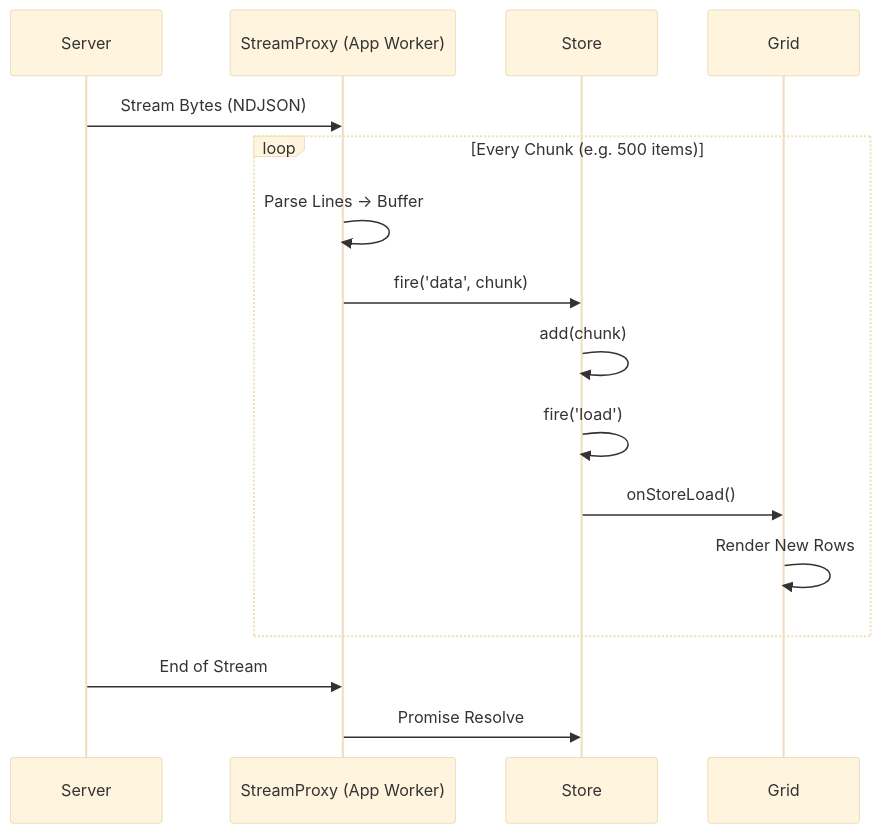
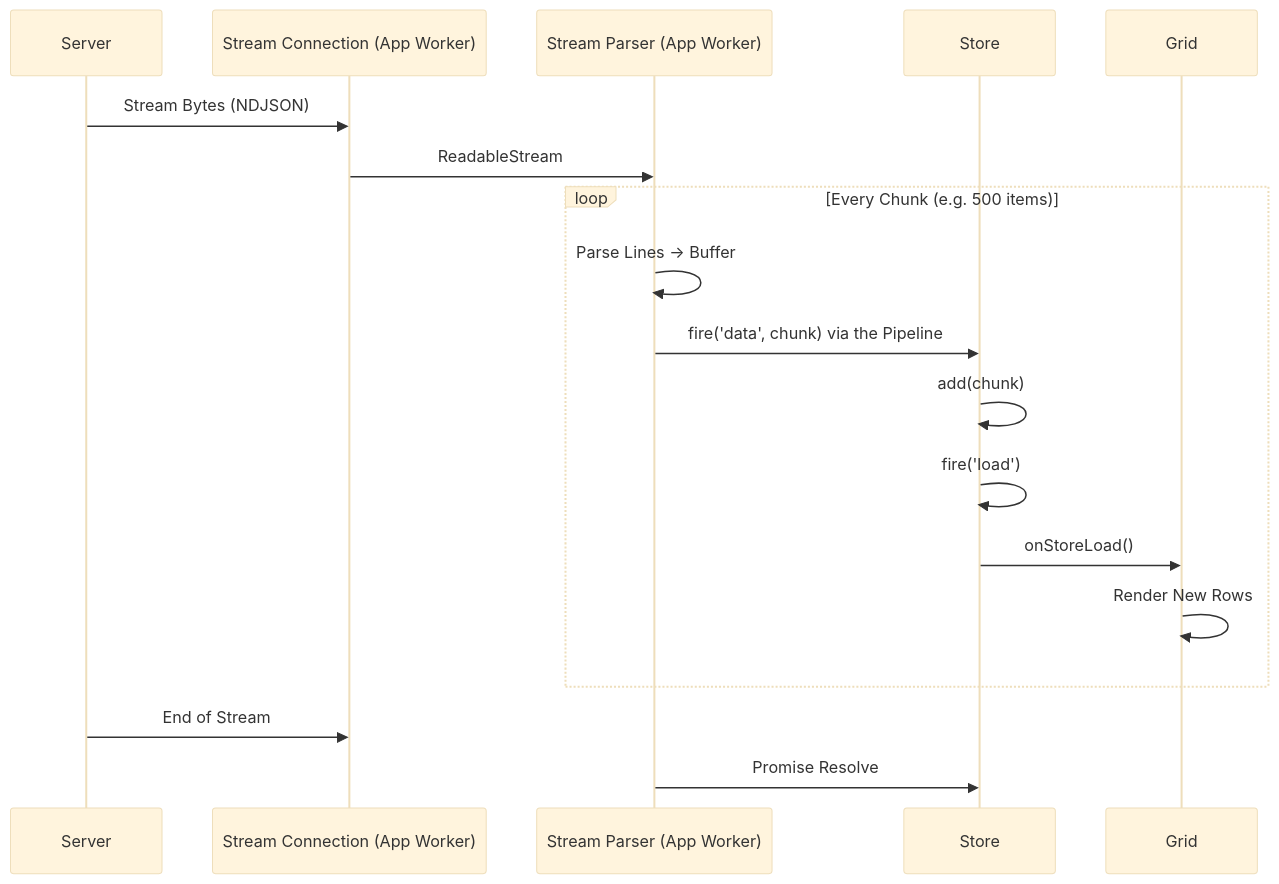
The diagram in learn/guides/datahandling/Streaming.md (neomjs/neo), drawn with Mermaid (base theme) before and after one commit. The commit also changed other lines of this file and 3472 other files, not shown here.

````diff
--- a/learn/guides/datahandling/Streaming.md
+++ b/learn/guides/datahandling/Streaming.md
@@ -23,19 +23,21 @@
 ```mermaid
 sequenceDiagram
     participant S as Server
-    participant P as StreamProxy (App Worker)
+    participant C as Stream Connection (App Worker)
+    participant P as Stream Parser (App Worker)
     participant St as Store
     participant G as Grid
 
-    S->>P: Stream Bytes (NDJSON)
+    S->>C: Stream Bytes (NDJSON)
+    C->>P: ReadableStream
     loop Every Chunk (e.g. 500 items)
         P->>P: Parse Lines -> Buffer
-        P->>St: fire('data', chunk)
+        P->>St: fire('data', chunk) via the Pipeline
         St->>St: add(chunk)
         St->>St: fire('load')
         St->>G: onStoreLoad()
         G->>G: Render New Rows
     end
-    S->>P: End of Stream
+    S->>C: End of Stream
     P->>St: Promise Resolve
 ```
````
